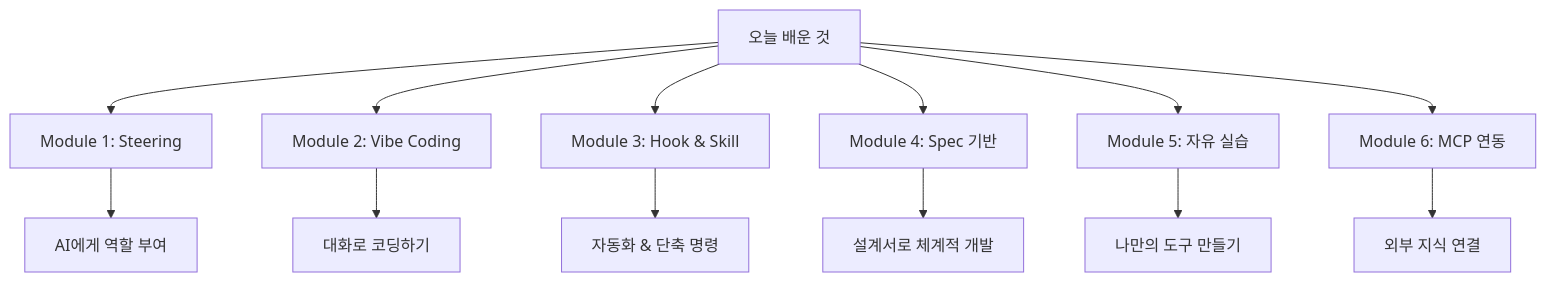
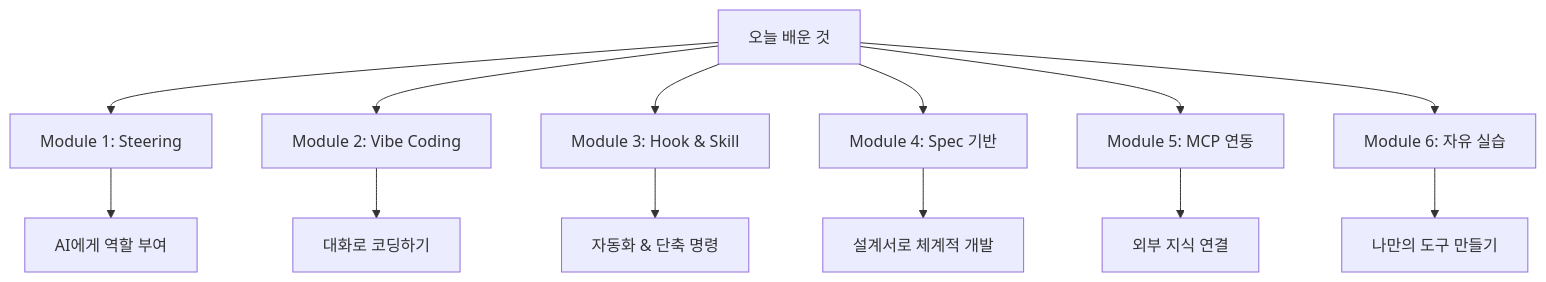
One commit to kshong05311129/lghh-kiro-workshop changed the diagram in summary/README.md. Above: the diagram before and after it, drawn with Mermaid. The commit also changed 10 other files, not shown here.

````diff
--- a/summary/README.md
+++ b/summary/README.md
@@ -18,16 +18,16 @@
 ```mermaid
 graph TD
     A[오늘 배운 것] --> B[Module 1: Steering]
     A --> C[Module 2: Vibe Coding]
     A --> D[Module 3: Hook & Skill]
     A --> E[Module 4: Spec 기반]
-    A --> F[Module 5: 자유 실습]
-    A --> G[Module 6: MCP 연동]
+    A --> F[Module 5: MCP 연동]
+    A --> G[Module 6: 자유 실습]
 
     B --> B1[AI에게 역할 부여]
     C --> C1[대화로 코딩하기]
     D --> D1[자동화 & 단축 명령]
     E --> E1[설계서로 체계적 개발]
-    F --> F1[나만의 도구 만들기]
-    G --> G1[외부 지식 연결]
+    F --> F1[외부 지식 연결]
+    G --> G1[나만의 도구 만들기]
 ```
````
